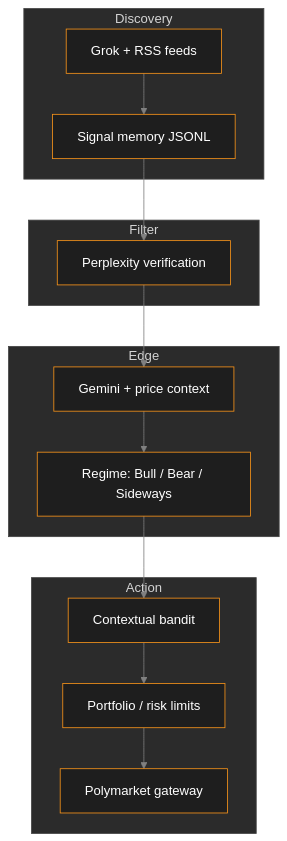
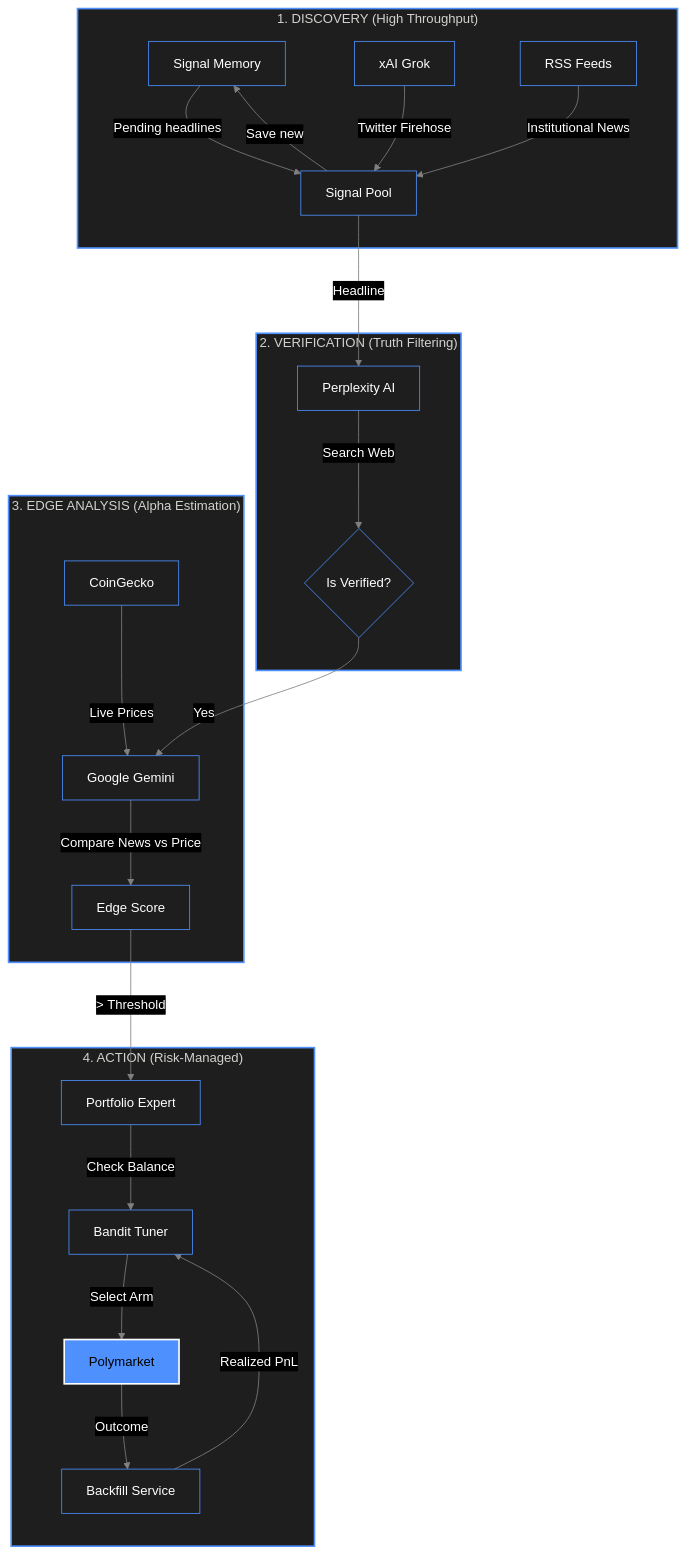
The diagram in projects/systemic-lag-trader.md (victorvos/cv-portfolio), drawn with Mermaid before and after one commit. The commit also changed other lines of this file, not shown here.

Commit message:
CV: align systemic lag trader diagram with /about page
Made-with: Cursor

````diff
--- a/projects/systemic-lag-trader.md
+++ b/projects/systemic-lag-trader.md
@@ -23,27 +25,35 @@
 ```mermaid
-%%{init: {'theme': 'base', 'themeVariables': {'darkMode': true, 'background': '#121212', 'primaryColor': '#1e1e1e', 'primaryTextColor': '#ffffff', 'primaryBorderColor': '#f7931a', 'lineColor': '#808080', 'textColor': '#ffffff'}}}%%
-flowchart TB
-    subgraph Discovery
-        G[Grok + RSS feeds]
-        M[Signal memory JSONL]
+%%{init: {'theme': 'base', 'flowchart': {'nodeSpacing': 80, 'rankSpacing': 80, 'curve': 'basis'}, 'themeVariables': {'darkMode': true, 'background': '#121212', 'primaryColor': '#1e1e1e', 'primaryTextColor': '#ffffff', 'primaryBorderColor': '#4d90fe', 'secondaryColor': '#252526', 'tertiaryColor': '#2d2d30', 'lineColor': '#808080', 'textColor': '#ffffff', 'clusterBkg': '#1e1e1e', 'clusterBorder': '#4d90fe', 'nodeTextColor': '#ffffff', 'fontFamily': 'Segoe UI, sans-serif'}}}%%
+flowchart TD
+    subgraph Discovery ["1. DISCOVERY (High Throughput)"]
+        SM[Signal Memory] -- "Pending headlines" --> S[Signal Pool]
+        G[xAI Grok] -- "Twitter Firehose" --> S
+        R[RSS Feeds] -- "Institutional News" --> S
+        S -- "Save new" --> SM
     end
-    subgraph Filter
-        P[Perplexity verification]
+
+    subgraph Verification ["2. VERIFICATION (Truth Filtering)"]
+        S -- "Headline" --> P[Perplexity AI]
+        P -- "Search Web" --> V{Is Verified?}
     end
-    subgraph Edge
-        GM[Gemini + price context]
-        R[Regime: Bull / Bear / Sideways]
+
+    subgraph Analysis ["3. EDGE ANALYSIS (Alpha Estimation)"]
+        V -- "Yes" --> GM[Google Gemini]
+        C[CoinGecko] -- "Live Prices" --> GM
+        GM -- "Compare News vs Price" --> E[Edge Score]
     end
-    subgraph Action
-        B[Contextual bandit]
-        PF[Portfolio / risk limits]
-        PM[Polymarket gateway]
+
+    subgraph Execution ["4. ACTION (Risk-Managed)"]
+        E -- "> Threshold" --> B[Portfolio Expert]
+        B -- "Check Balance" --> BT[Bandit Tuner]
+        BT -- "Select Arm" --> PM[Polymarket]
+        PM -- "Outcome" --> BK[Backfill Service]
+        BK -- "Realized PnL" --> BT
     end
-    G --> M
-    M --> P
-    P --> GM
-    GM --> R
-    R --> B
-    B --> PF
-    PF --> PM
+
+    style Discovery fill:#1e1e1e,stroke:#4d90fe,stroke-width:2px
+    style Verification fill:#1e1e1e,stroke:#4d90fe,stroke-width:2px
+    style Analysis fill:#1e1e1e,stroke:#4d90fe,stroke-width:2px
+    style Execution fill:#1e1e1e,stroke:#4d90fe,stroke-width:2px
+    style PM fill:#4d90fe,stroke:#ffffff,stroke-width:2px,color:#000
 ```
````
